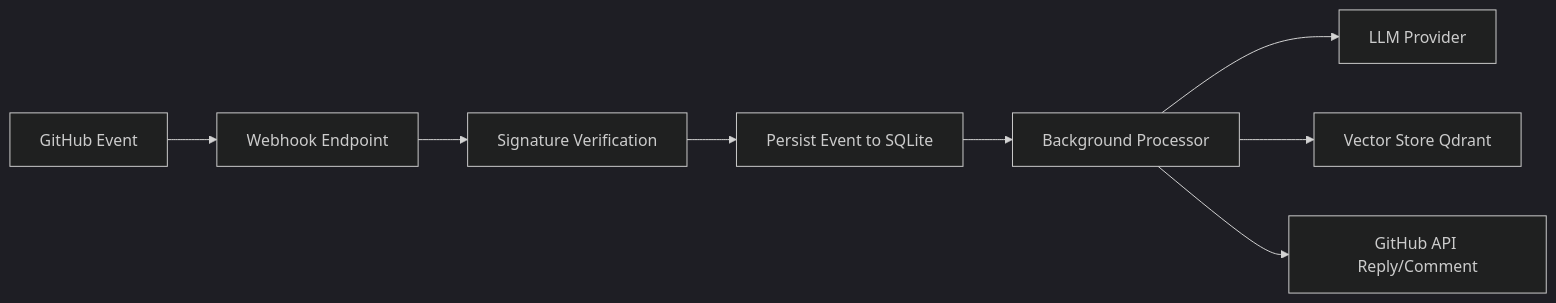
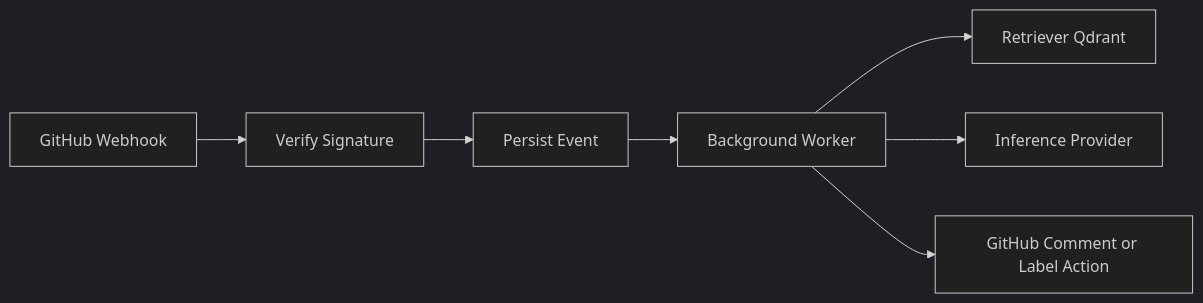
The diagram in README.md (ArnavBallinCode/FOSSMate), drawn with Mermaid (dark theme) before and after one commit. The commit also changed other lines of this file and 4 other files, not shown here.

````diff
--- a/README.md
+++ b/README.md
@@ -42,10 +38,9 @@
 ```mermaid
 flowchart LR
-  A[GitHub Event] --> B[Webhook Endpoint]
-  B --> C[Signature Verification]
-  C --> D[Persist Event to SQLite]
-  D --> E[Background Processor]
-  E --> F[LLM Provider]
-  E --> G[Vector Store Qdrant]
-  E --> H[GitHub API Reply/Comment]
+  A[GitHub Webhook] --> B[Verify Signature]
+  B --> C[Persist Event]
+  C --> D[Background Worker]
+  D --> E[Retriever Qdrant]
+  D --> F[Inference Provider]
+  D --> G[GitHub Comment or Label Action]
 ```
````
